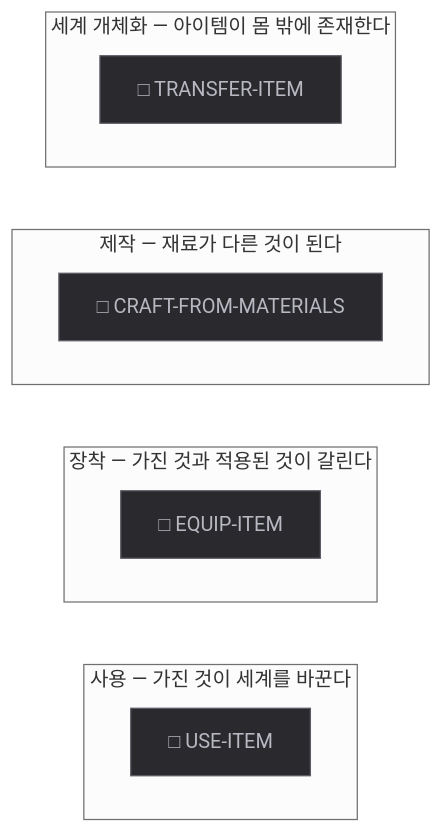
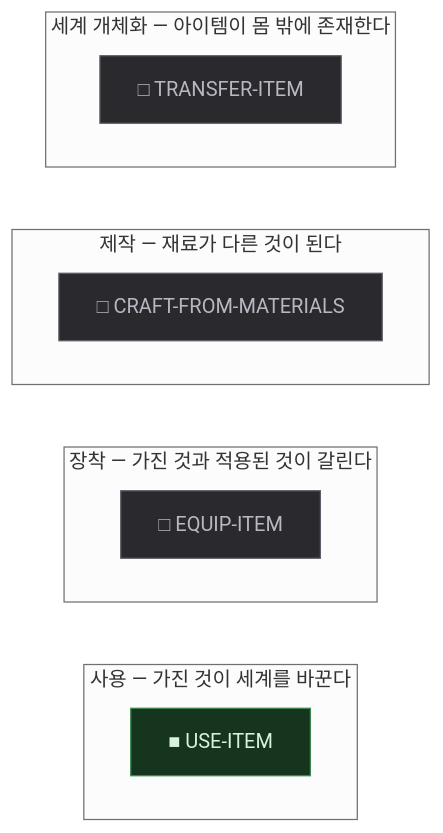
Before and after one commit to dkwkekzz/HktFramework: the ninth of 10 diagrams in HktAdvProtoH/content/proto-adventure/master/graph/GRAPH.md, drawn with Mermaid (neutral theme). The commit also changed other lines of this file and 7 other files, not shown here.

````diff
--- a/HktAdvProtoH/content/proto-adventure/master/graph/GRAPH.md
+++ b/HktAdvProtoH/content/proto-adventure/master/graph/GRAPH.md
@@ -356,26 +356,27 @@
 ```mermaid
 flowchart TB
   subgraph SEG0 ["세계 개체화 — 아이템이 몸 밖에 존재한다"]
     N0["□ TRANSFER-ITEM"]
   end
   subgraph SEG1 ["제작 — 재료가 다른 것이 된다"]
     N1["□ CRAFT-FROM-MATERIALS"]
   end
   subgraph SEG2 ["장착 — 가진 것과 적용된 것이 갈린다"]
     N2["□ EQUIP-ITEM"]
   end
   subgraph SEG3 ["사용 — 가진 것이 세계를 바꾼다"]
-    N3["□ USE-ITEM"]
+    N3["■ USE-ITEM"]
   end
   SEG0 ~~~ SEG1
   SEG1 ~~~ SEG2
   SEG2 ~~~ SEG3
 
   classDef impl fill:#16351f,stroke:#3f8a52,color:#d8f2df;
   classDef part fill:#3a3315,stroke:#9a8a2e,color:#f2ecd0;
   classDef miss fill:#2a2a2e,stroke:#5c5c66,color:#b8b8c2;
   classDef implS fill:#16351f,stroke:#3f8a52,color:#d8f2df,stroke-dasharray:5 4;
   classDef partS fill:#3a3315,stroke:#9a8a2e,color:#f2ecd0,stroke-dasharray:5 4;
   classDef missS fill:#2a2a2e,stroke:#5c5c66,color:#b8b8c2,stroke-dasharray:5 4;
-  class N0,N1,N2,N3 miss;
+  class N3 impl;
+  class N0,N1,N2 miss;
 ```
````
